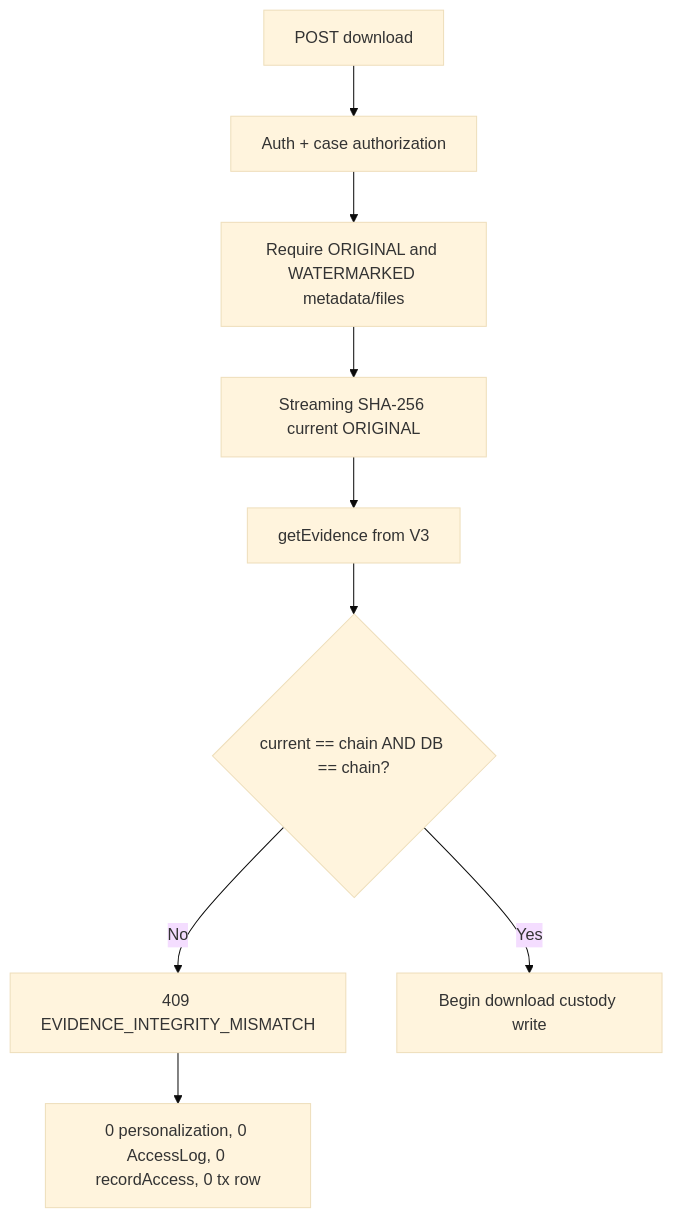
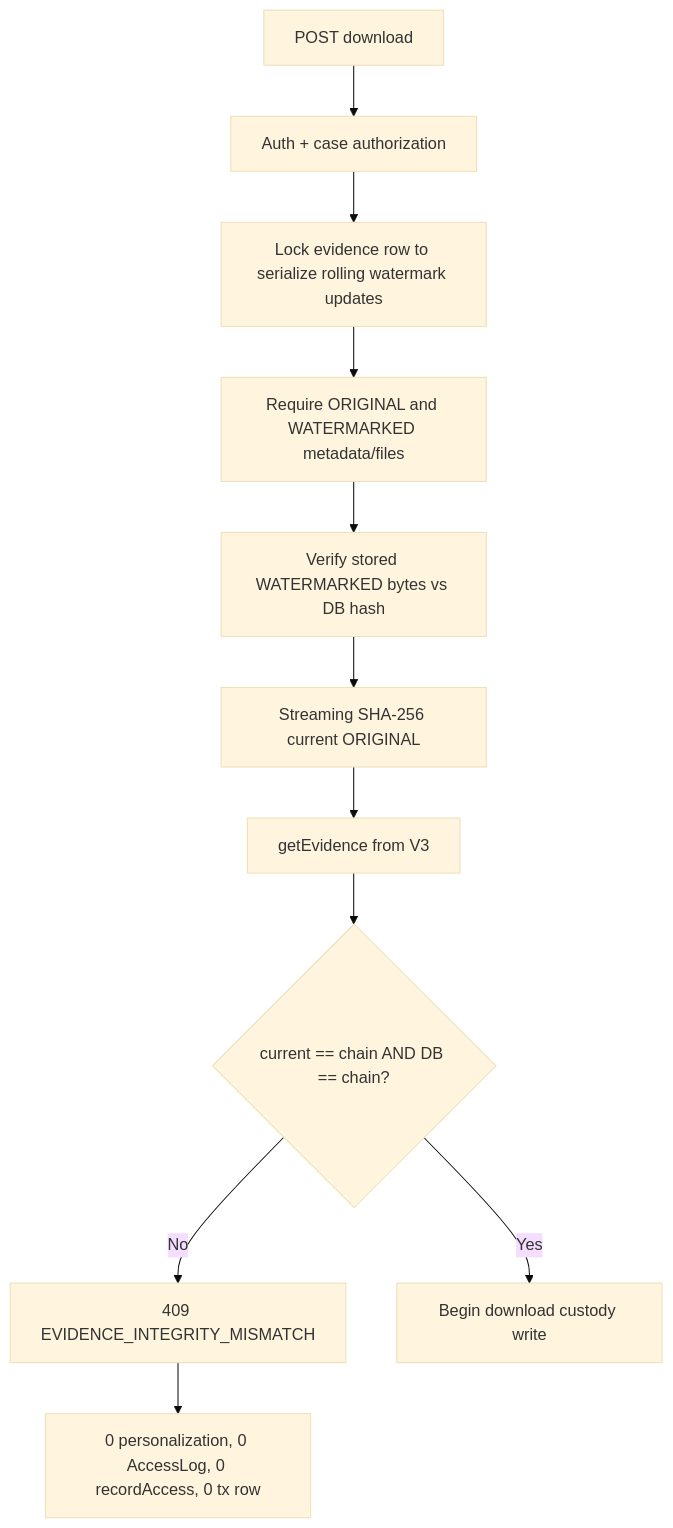
One commit to laziesv/CapstoneProject changed diagram 23 of 36 in docs/block/02-ARCHITECTURE-AND-FLOWS.md. Above: the diagram before and after it, drawn with Mermaid (base theme). The commit also changed other lines of this file and 10 other files, not shown here.

````diff
--- a/docs/block/02-ARCHITECTURE-AND-FLOWS.md
+++ b/docs/block/02-ARCHITECTURE-AND-FLOWS.md
@@ -450,11 +451,13 @@
 ```mermaid
 flowchart TD
   REQ[POST download] --> AUTH[Auth + case authorization]
-  AUTH --> FILES[Require ORIGINAL and WATERMARKED metadata/files]
-  FILES --> HASH[Streaming SHA-256 current ORIGINAL]
+  AUTH --> LOCK[Lock evidence row to serialize rolling watermark updates]
+  LOCK --> FILES[Require ORIGINAL and WATERMARKED metadata/files]
+  FILES --> WHASH[Verify stored WATERMARKED bytes vs DB hash]
+  WHASH --> HASH[Streaming SHA-256 current ORIGINAL]
   HASH --> READ[getEvidence from V3]
   READ --> CMP{current == chain AND DB == chain?}
   CMP -->|No| BLOCK[409 EVIDENCE_INTEGRITY_MISMATCH]
   BLOCK --> ZERO[0 personalization, 0 AccessLog, 0 recordAccess, 0 tx row]
   CMP -->|Yes| CUSTODY[Begin download custody write]
 ```
````
